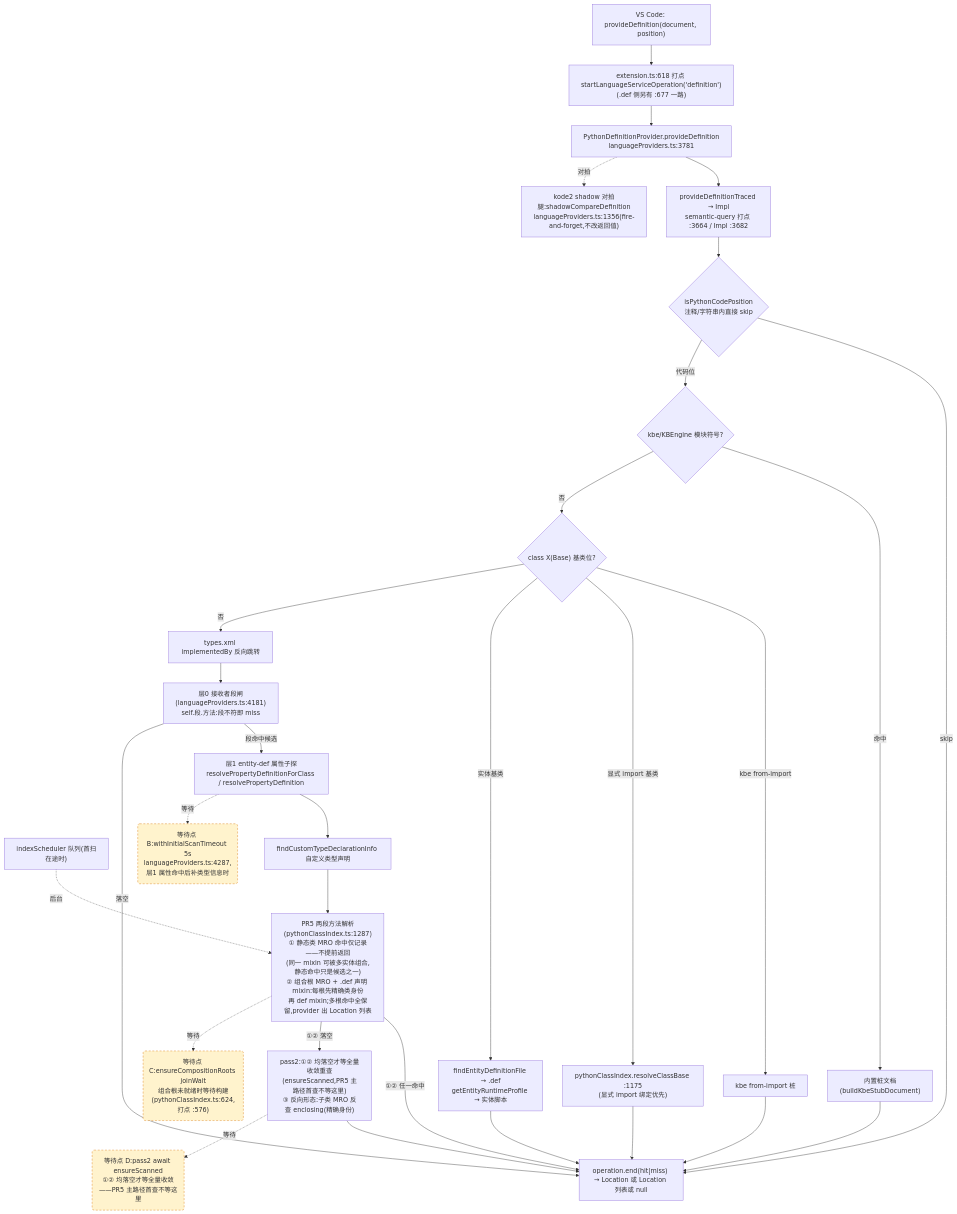
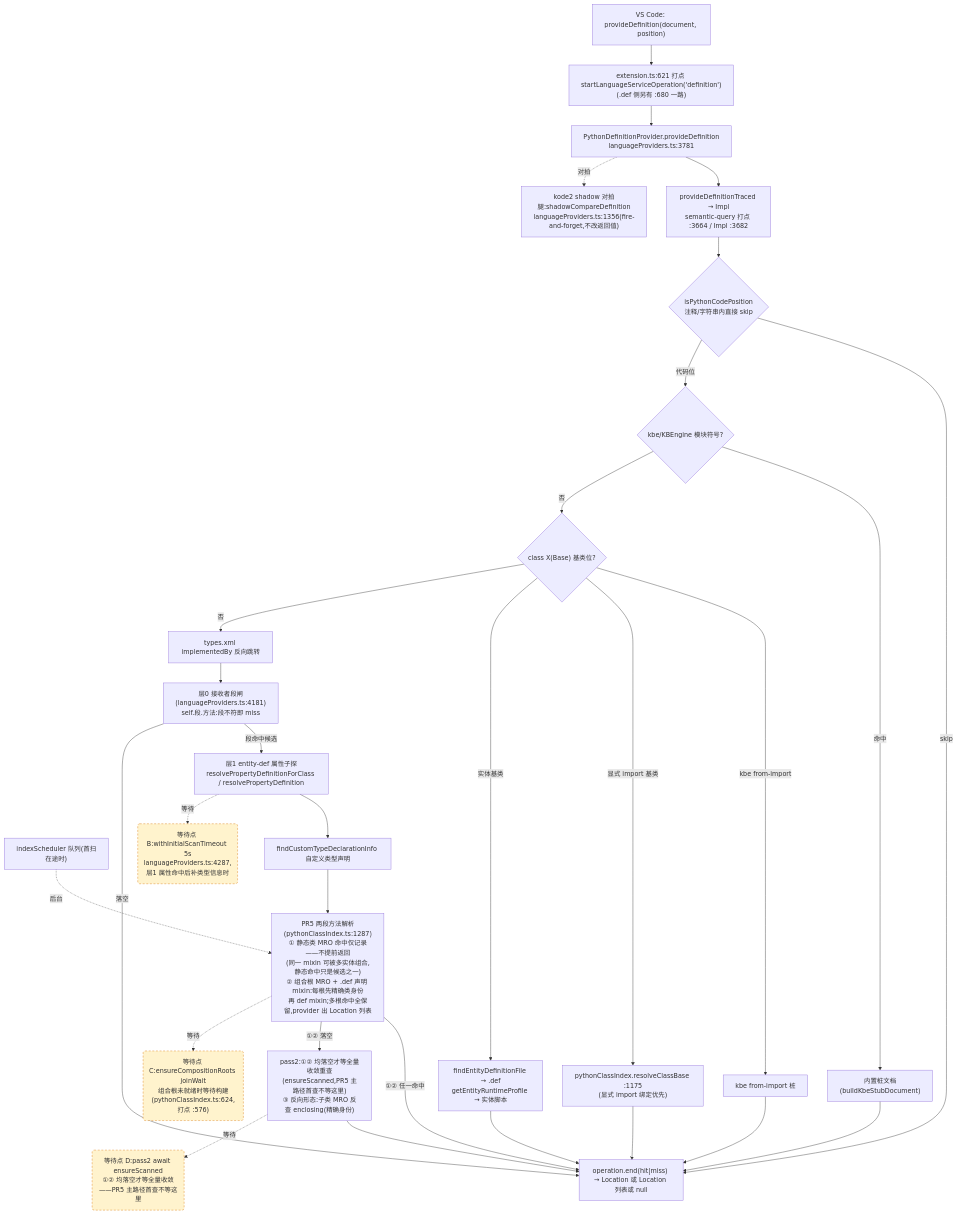
One commit to cuihairu/kode changed the second of 4 diagrams in docs/perf/2026-baseline.md. Above: the diagram before and after it, drawn with Mermaid. The commit also changed other lines of this file and 4 other files, not shown here.

````diff
--- a/docs/perf/2026-baseline.md
+++ b/docs/perf/2026-baseline.md
@@ -130,51 +130,51 @@
 ```mermaid
 flowchart TD
   VC2["VS Code: provideDefinition(document, position)"]
-  M2["extension.ts:618 打点 startLanguageServiceOperation('definition')<br/>(.def 侧另有 :677 一路)"]
+  M2["extension.ts:621 打点 startLanguageServiceOperation('definition')<br/>(.def 侧另有 :680 一路)"]
   AD2["PythonDefinitionProvider.provideDefinition<br/>languageProviders.ts:3781"]
   TR["provideDefinitionTraced → Impl<br/>semantic-query 打点 :3664 / Impl :3682"]
   CTX{"isPythonCodePosition<br/>注释/字符串内直接 skip"}
   KBE{"kbe/KBEngine 模块符号?"}
   STUB["内置桩文档(buildKbeStubDocument)"]
   CB{"class X(Base) 基类位?"}
   CB1["kbe from-import 桩"]
   CB2["pythonClassIndex.resolveClassBase :1175<br/>(显式 import 绑定优先)"]
   CB3["findEntityDefinitionFile → .def<br/>getEntityRuntimeProfile → 实体脚本"]
   REV["types.xml implementedBy 反向跳转"]
   L0["层0 接收者段闸(languageProviders.ts:4181)<br/>self.段.方法:段不符即 miss"]
   L1["层1 entity-def 属性子探<br/>resolvePropertyDefinitionForClass / resolvePropertyDefinition"]
   SCAN["indexScheduler 队列(首扫在途时)"]
   TY["findCustomTypeDeclarationInfo 自定义类型声明"]
   MRO["PR5 两段方法解析(pythonClassIndex.ts:1287)<br/>① 静态类 MRO 命中仅记录——不提前返回<br/>(同一 mixin 可被多实体组合,静态命中只是候选之一)<br/>② 组合根 MRO + .def 声明 mixin:每根先精确类身份<br/>再 def mixin;多根命中全保留,provider 出 Location 列表"]
   PASS2["pass2:①② 均落空才等全量收敛重查<br/>(ensureScanned,PR5 主路径首查不等这里)<br/>③ 反向形态:子类 MRO 反查 enclosing(精确身份)"]
   SHD["kode2 shadow 对拍腿:shadowCompareDefinition<br/>languageProviders.ts:1356(fire-and-forget,不改返回值)"]
   END2["operation.end(hit|miss) → Location 或 Location 列表或 null"]
 
   VC2 --> M2 --> AD2 --> TR --> CTX
   CTX -- "skip" --> END2
   CTX -- "代码位" --> KBE
   KBE -- "命中" --> STUB --> END2
   KBE -- "否" --> CB
   CB -- "kbe from-import" --> CB1 --> END2
   CB -- "显式 import 基类" --> CB2 --> END2
   CB -- "实体基类" --> CB3 --> END2
   CB -- "否" --> REV --> L0
   L0 -- "段命中候选" --> L1
   L0 -- "落空" --> END2
   L1 --> TY
   TY --> MRO
   MRO -- "①② 任一命中" --> END2
   MRO -- "①② 落空" --> PASS2 --> END2
   AD2 -.->|对拍| SHD
 
   WAITB("等待点 B:withInitialScanTimeout 5s<br/>languageProviders.ts:4287,层1 属性命中后补类型信息时")
   WAITC("等待点 C:ensureCompositionRoots joinWait<br/>组合根未就绪时等待构建(pythonClassIndex.ts:624,打点 :576)")
   WAITD("等待点 D:pass2 await ensureScanned<br/>①② 均落空才等全量收敛——PR5 主路径首查不等这里")
   L1 -.->|等待| WAITB
   MRO -.->|等待| WAITC
   PASS2 -.->|等待| WAITD
   SCAN -.->|后台| MRO
 
   classDef waitPoint fill:#fff3cd,stroke:#d97706,stroke-dasharray:5 4;
   class WAITB,WAITC,WAITD waitPoint;
 ```
````
